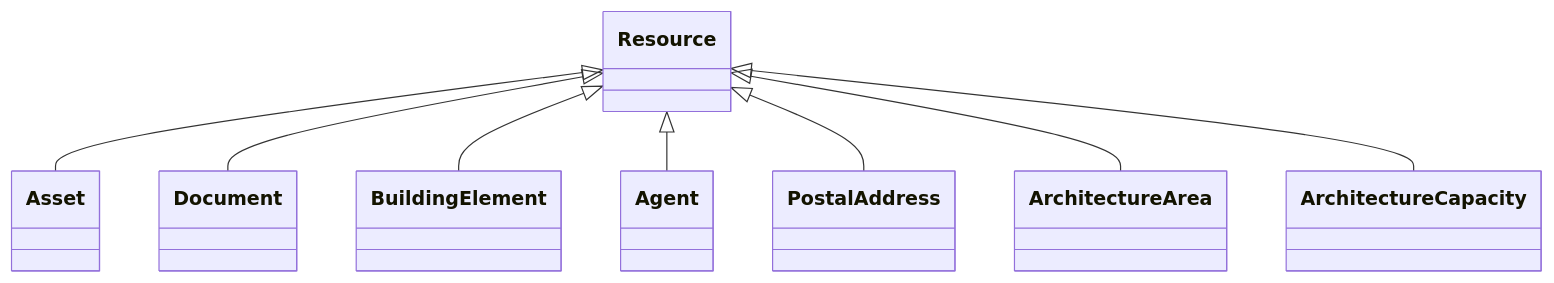
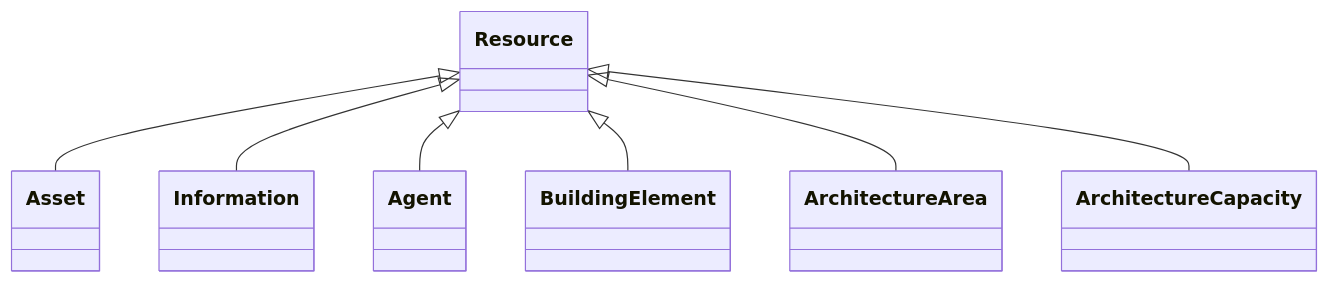
The diagram in docs/Resource.md (takashikasuya/smartbuiding_ontology), drawn with Mermaid before and after one commit. The commit also changed other lines of this file and 101 other files, not shown here.

First line of the commit message:
Add documentation for Media and Schema classes, including slots and mappings

````diff
--- a/docs/Resource.md
+++ b/docs/Resource.md
@@ -20,21 +20,19 @@
 ```mermaid
  classDiagram
     class Resource
     click Resource href "../Resource/"
       Resource <|-- Asset
         click Asset href "../Asset/"
-      Resource <|-- Document
-        click Document href "../Document/"
+      Resource <|-- Information
+        click Information href "../Information/"
+      Resource <|-- Agent
+        click Agent href "../Agent/"
       Resource <|-- BuildingElement
         click BuildingElement href "../BuildingElement/"
-      Resource <|-- Agent
-        click Agent href "../Agent/"
-      Resource <|-- PostalAddress
-        click PostalAddress href "../PostalAddress/"
       Resource <|-- ArchitectureArea
         click ArchitectureArea href "../ArchitectureArea/"
       Resource <|-- ArchitectureCapacity
         click ArchitectureCapacity href "../ArchitectureCapacity/"
       
       
 ```
````
